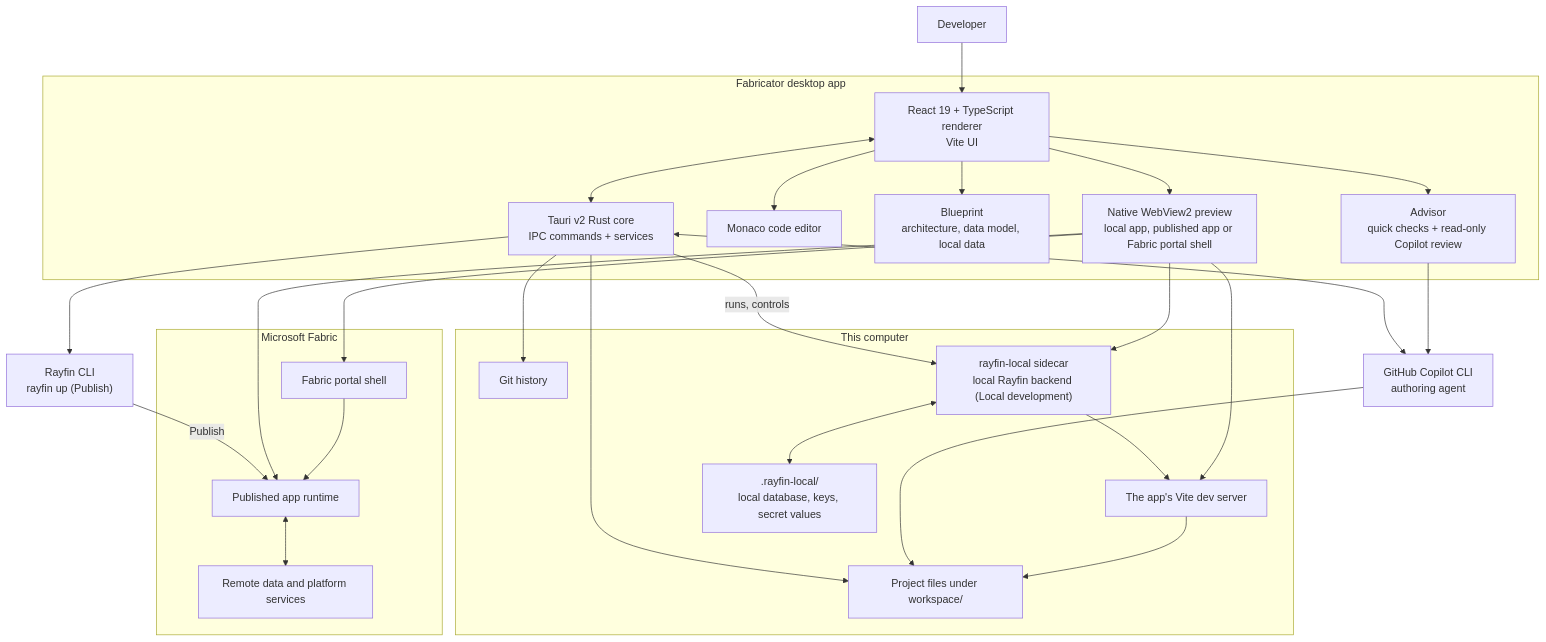
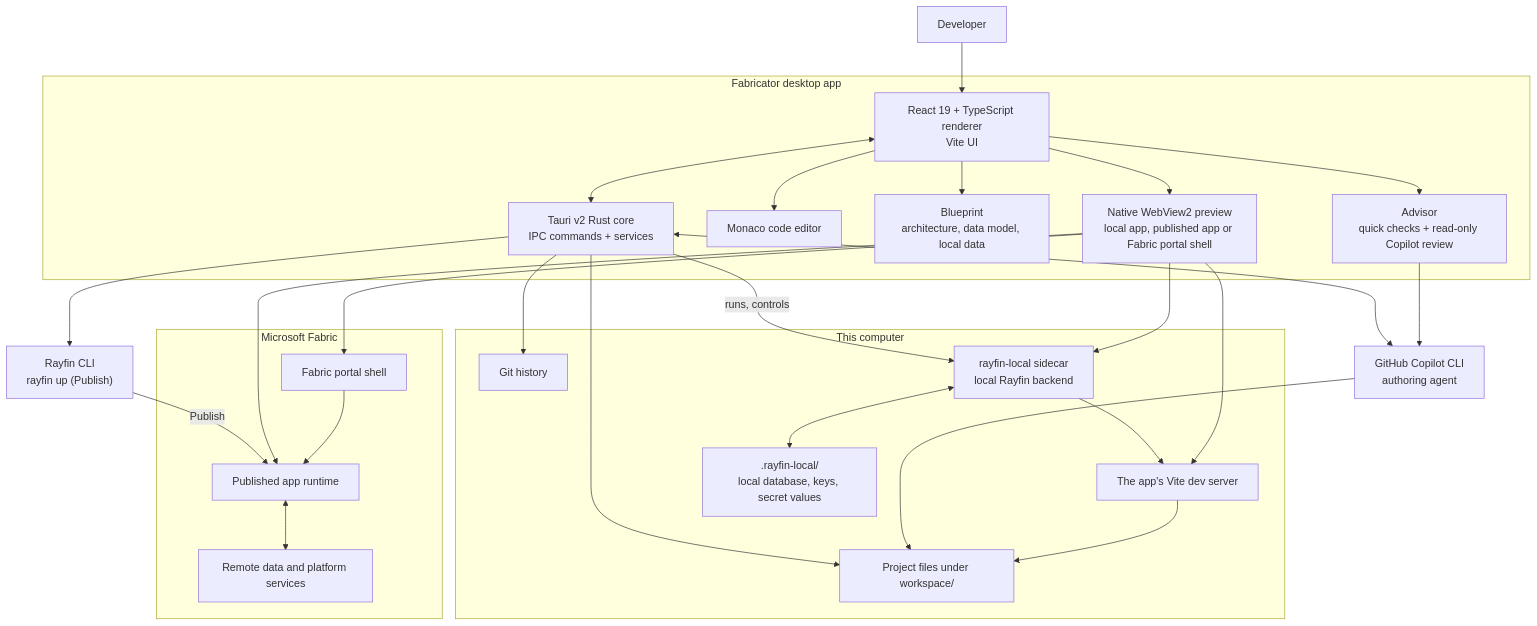
Before and after one commit to spatney/rayfin-fabricator: the diagram in CONTRIBUTING.md, drawn with Mermaid. The commit also changed other lines of this file and 43 other files, not shown here.

````diff
--- a/CONTRIBUTING.md
+++ b/CONTRIBUTING.md
@@ -106,55 +103,55 @@
 ```mermaid
 flowchart TD
   User["Developer"]
 
   subgraph Desktop["Fabricator desktop app"]
     Renderer["React 19 + TypeScript renderer<br/>Vite UI"]
     Core["Tauri v2 Rust core<br/>IPC commands + services"]
     Editor["Monaco code editor"]
     Model["Blueprint<br/>architecture, data model, local data"]
     Preview["Native WebView2 preview<br/>local app, published app or Fabric portal shell"]
     Advisor["Advisor<br/>quick checks + read-only Copilot review"]
   end
 
   subgraph Local["This computer"]
     Files["Project files under workspace/"]
     Git["Git history"]
-    Backend["rayfin-local sidecar<br/>local Rayfin backend (Local development)"]
+    Backend["rayfin-local sidecar<br/>local Rayfin backend"]
     Vite["The app's Vite dev server"]
     State[".rayfin-local/<br/>local database, keys, secret values"]
   end
 
   Copilot["GitHub Copilot CLI<br/>authoring agent"]
   Rayfin["Rayfin CLI<br/>rayfin up (Publish)"]
 
   subgraph Fabric["Microsoft Fabric"]
     Runtime["Published app runtime"]
     Data["Remote data and platform services"]
     Portal["Fabric portal shell"]
   end
 
   User --> Renderer
   Renderer <--> Core
   Renderer --> Editor
   Renderer --> Model
   Renderer --> Preview
   Renderer --> Advisor
 
   Core --> Files
   Core --> Git
   Core -- "runs, controls" --> Backend
   Core <--> Copilot
   Core --> Rayfin
   Copilot --> Files
   Backend --> Vite
   Backend <--> State
   Vite --> Files
   Advisor --> Copilot
   Rayfin -- "Publish" --> Runtime
   Runtime <--> Data
   Preview --> Vite
   Preview --> Backend
   Preview --> Runtime
   Preview --> Portal
   Portal --> Runtime
 ```
````
